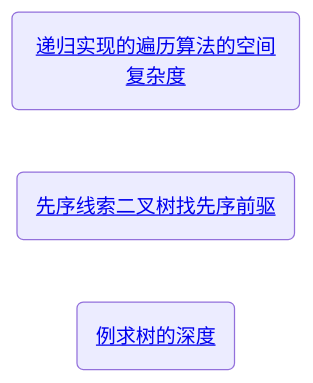
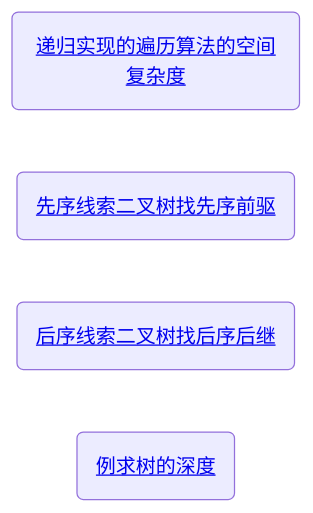
The diagram in 笔记/数据结构/答疑.md (yuebinghui/note), drawn with Mermaid before and after one commit. The commit also changed 2 other files, not shown here.

Commit message:
Sat Nov 30 19:40:01 CST 2024

````diff
--- a/笔记/数据结构/答疑.md
+++ b/笔记/数据结构/答疑.md
@@ -9,22 +9,24 @@
 ```mermaid
 graph LR
 
 
 递归实现的遍历算法的空间复杂度(<a href="/Users/yuebinghui/Documents/program/github/note/笔记/数据结构/05.第五章树与二叉树/5.3.1_1二叉树的先中后序遍历.md#递归实现的遍历算法的空间复杂度">递归实现的遍历算法的空间复杂度</>)
 
 先序线索二叉树找先序前驱(<a href="/Users/yuebinghui/Documents/program/github/note/笔记/数据结构/05.第五章树与二叉树/5.3.2_3在线索二叉树中找前驱后继.md#先序线索二叉树找先序前驱">先序线索二叉树找先序前驱</>)
+
+后序线索二叉树找后序后继(<a href="/Users/yuebinghui/Documents/program/github/note/笔记/数据结构/05.第五章树与二叉树/5.3.1_1二叉树的先中后序遍历.md#后序线索二叉树找后序后继">后序线索二叉树找后序后继</>)
 
 
 
 
 
 
 
 
 
 
 
 
 例求树的深度(<a href="/Users/yuebinghui/Documents/program/github/note/笔记/数据结构/05.第五章树与二叉树/5.3.1_1二叉树的先中后序遍历.md#例求树的深度">例求树的深度</>)
 
 ```
````
